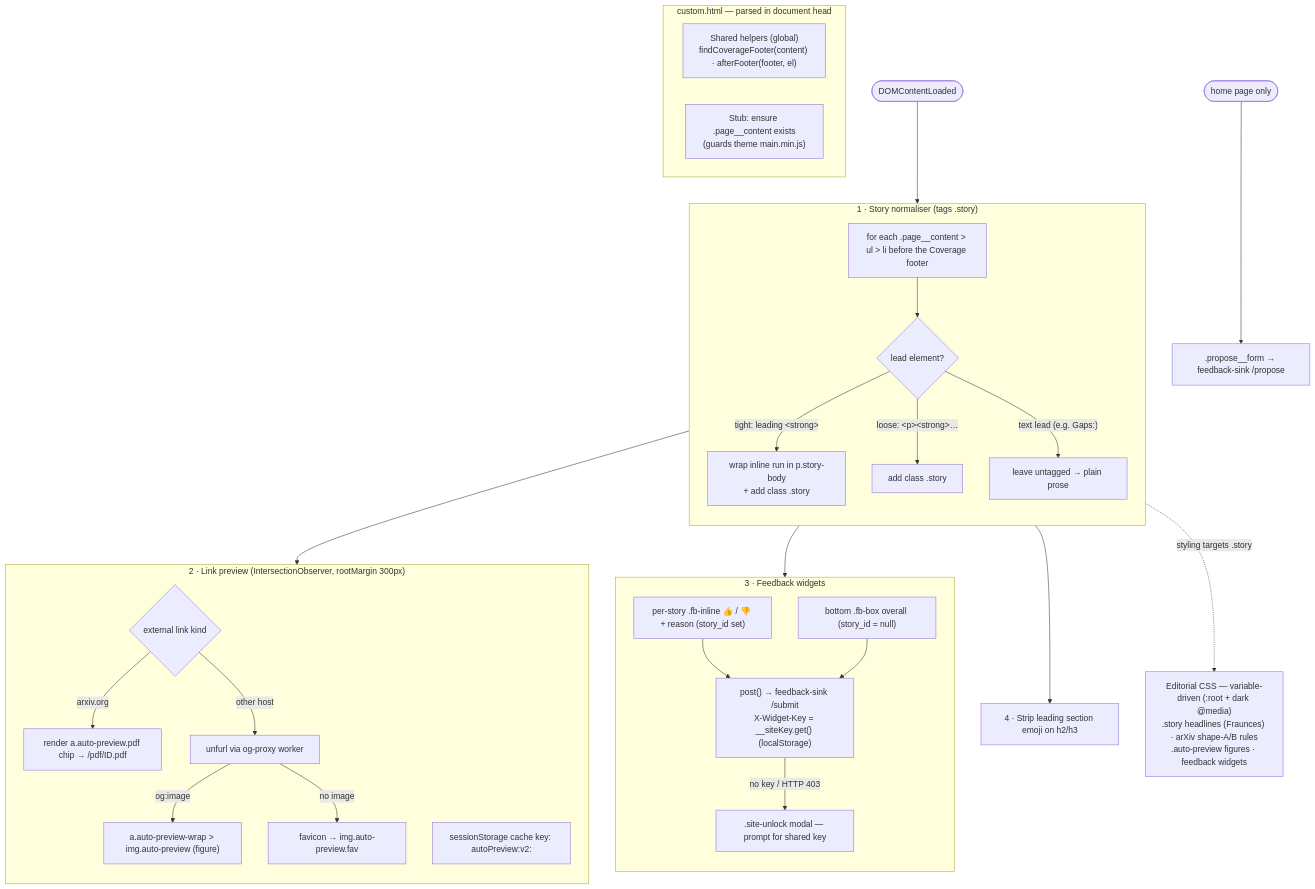
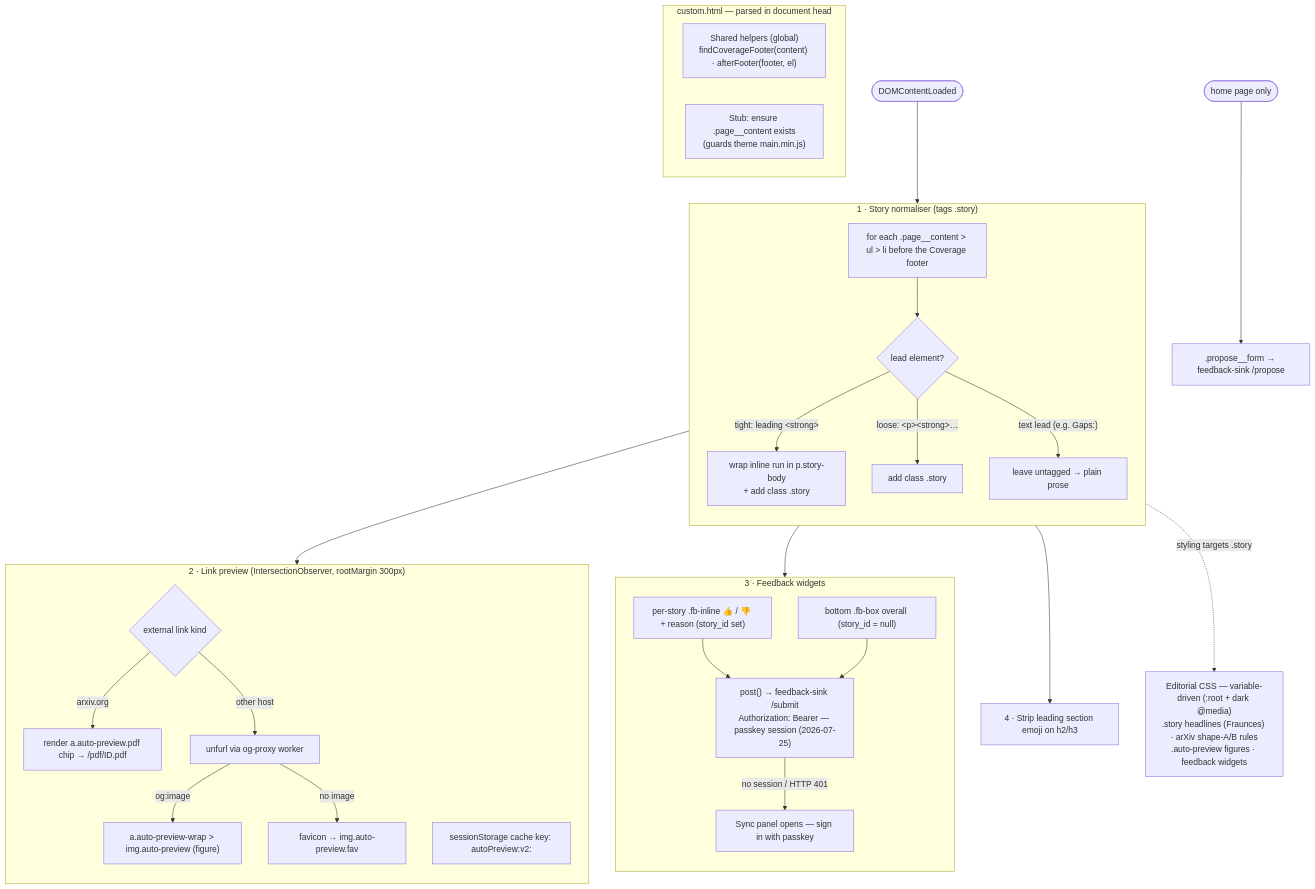
Before and after one commit to khalic-lab/claude-routines: the diagram in diagrams/05-frontend-rendering.md, drawn with Mermaid. The commit also changed 10 other files, not shown here.

````diff
--- a/diagrams/05-frontend-rendering.md
+++ b/diagrams/05-frontend-rendering.md
@@ -9,46 +9,46 @@
 ```mermaid
 flowchart TD
   subgraph headblk["custom.html — parsed in document head"]
     H["Shared helpers (global)<br/>findCoverageFooter(content) · afterFooter(footer, el)"]
     stub["Stub: ensure .page__content exists<br/>(guards theme main.min.js)"]
   end
 
   DCL(["DOMContentLoaded"]) --> tag
 
   subgraph tag["1 · Story normaliser (tags .story)"]
     direction TB
     t1["for each .page__content &gt; ul &gt; li before the Coverage footer"]
     t1 --> t2{"lead element?"}
     t2 -->|"tight: leading &lt;strong&gt;"| t3["wrap inline run in p.story-body<br/>+ add class .story"]
     t2 -->|"loose: &lt;p&gt;&lt;strong&gt;…"| t4["add class .story"]
     t2 -->|"text lead (e.g. Gaps:)"| t5["leave untagged → plain prose"]
   end
 
   tag --> prev
   subgraph prev["2 · Link preview (IntersectionObserver, rootMargin 300px)"]
     direction TB
     p1{"external link kind"}
     p1 -->|"arxiv.org"| p2["render a.auto-preview.pdf chip → /pdf/ID.pdf"]
     p1 -->|"other host"| p3["unfurl via og-proxy worker"]
     p3 -->|"og:image"| p4["a.auto-preview-wrap &gt; img.auto-preview (figure)"]
     p3 -->|"no image"| p5["favicon → img.auto-preview.fav"]
     p6["sessionStorage cache key: autoPreview:v2:"]
   end
 
   tag --> fb
   subgraph fb["3 · Feedback widgets"]
     direction TB
     f1["per-story .fb-inline 👍 / 👎 + reason (story_id set)"]
     f2["bottom .fb-box overall (story_id = null)"]
     f1 --> f3
     f2 --> f3
-    f3["post() → feedback-sink /submit<br/>X-Widget-Key = __siteKey.get() (localStorage)"]
-    f3 -->|"no key / HTTP 403"| f4[".site-unlock modal — prompt for shared key"]
+    f3["post() → feedback-sink /submit<br/>Authorization: Bearer — passkey session (2026-07-25)"]
+    f3 -->|"no session / HTTP 401"| f4["Sync panel opens — sign in with passkey"]
   end
 
   tag --> emo["4 · Strip leading section emoji on h2/h3"]
   home(["home page only"]) --> prop[".propose__form → feedback-sink /propose"]
 
   CSS["Editorial CSS — variable-driven (:root + dark @media)<br/>.story headlines (Fraunces) · arXiv shape-A/B rules<br/>.auto-preview figures · feedback widgets"]
   tag -.->|"styling targets .story"| CSS
 ```
````
